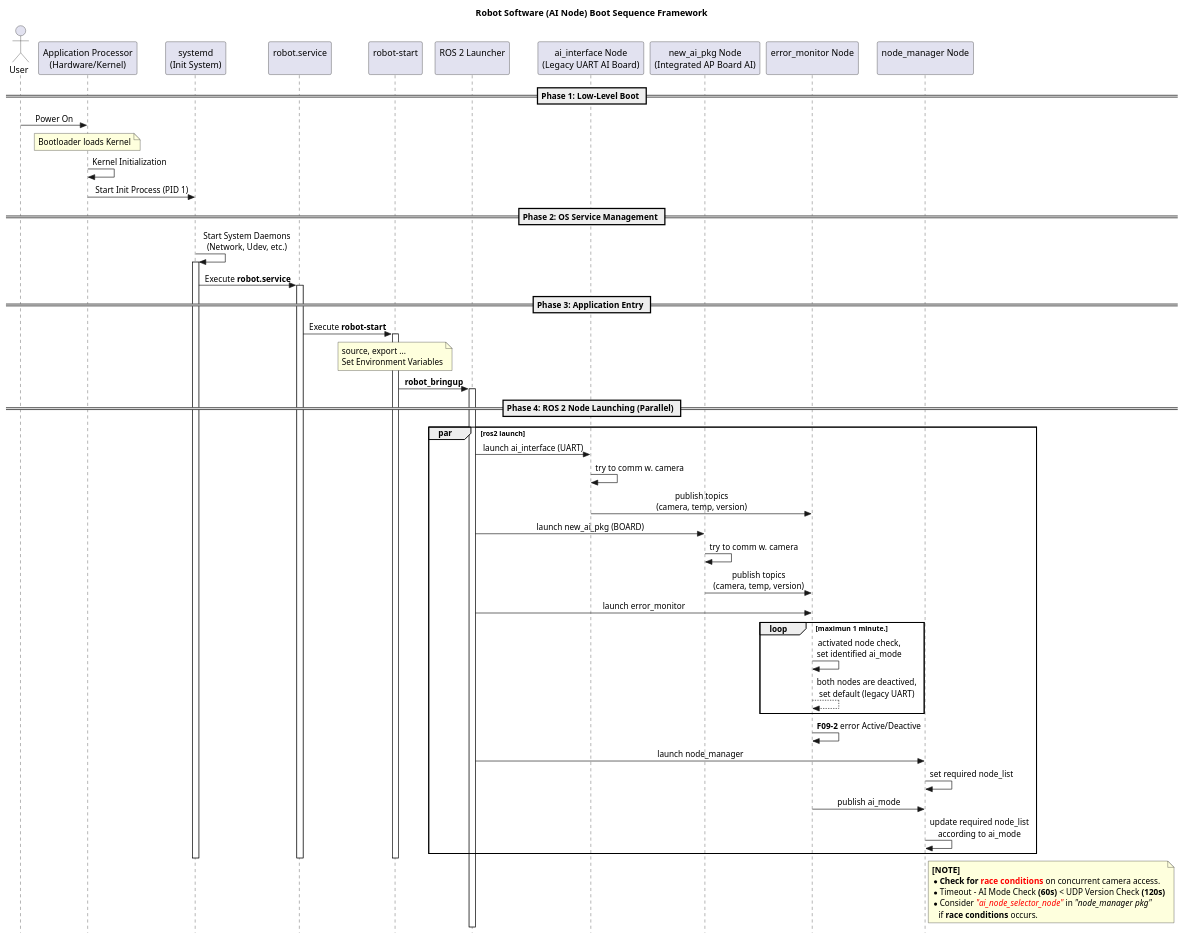
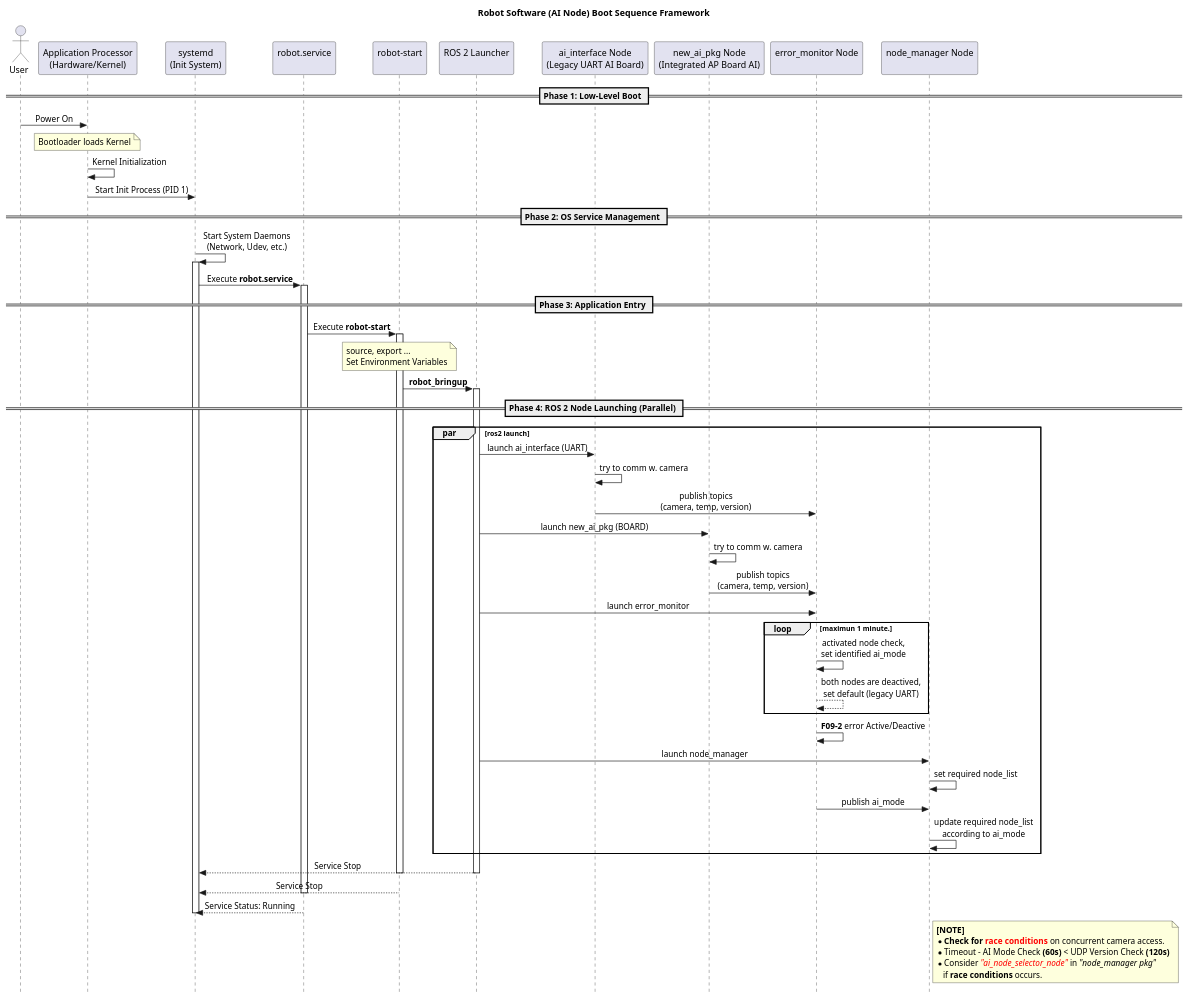
The diagram in docs/ap_ai_integration_booting_sequence_diagram.puml (Hwan-Yeong/airbot_hyjoe_ws), drawn with PlantUML before and after one commit.

Commit message:
'' uml 포멧 수정

```diff
--- a/docs/ap_ai_integration_booting_sequence_diagram.puml
+++ b/docs/ap_ai_integration_booting_sequence_diagram.puml
@@ -1,79 +1,83 @@
 @startuml
 ' 스타일 설정: 가독성을 위해 테마를 살짝 입힙니다.
 skinparam Style strictuml
 skinparam SequenceMessageAlignment center
 skinparam DefaultFontName "Verdana"
 
 title Robot Software (AI Node) Boot Sequence Framework
 
 ' 참여 객체 정의 (Participants)
 actor "User" as User
 participant "Application Processor\n(Hardware/Kernel)" as AP
 participant "systemd\n(Init System)" as Systemd
 participant "robot.service\n" as Service
 participant "robot-start\n" as Script
 participant "ROS 2 Launcher\n" as Launch
 participant "ai_interface Node\n(Legacy UART AI Board)" as Nodes_uart_ai
 participant "new_ai_pkg Node\n(Integrated AP Board AI)" as Nodes_new_ai
 participant "error_monitor Node\n" as Nodes_error_monitor
 participant "node_manager Node\n" as Nodes_node_manager
 
 == Phase 1: Low-Level Boot ==
 ' AP 부팅 및 커널 로드 과정
 User -> AP : Power On
 note over AP : Bootloader loads Kernel
 AP -> AP : Kernel Initialization
 AP -> Systemd : Start Init Process (PID 1)
 
 == Phase 2: OS Service Management ==
 ' 시스템 데몬 및 서비스 시작
 Systemd -> Systemd : Start System Daemons\n(Network, Udev, etc.)
 activate Systemd
-    Systemd -> Service : Execute **robot.service**
-    activate Service
-      == Phase 3: Application Entry ==
-      ' 로봇 스크립트 실행 및 ROS 2 환경 구성
-      Service -> Script : Execute **robot-start**
-      activate Script
-          note over Script
-              source, export ...
-              Set Environment Variables
-          end note
-          
-          Script -> Launch : **robot_bringup**
-          activate Launch
-          
-          == Phase 4: ROS 2 Node Launching (Parallel) ==
-          ' 여러 노드가 동시에 실행되는 구간
-          par ros2 launch
-              Launch -> Nodes_uart_ai : launch ai_interface (UART)
-              Nodes_uart_ai -> Nodes_uart_ai : try to comm w. camera
-              Nodes_uart_ai -> Nodes_error_monitor : publish topics\n(camera, temp, version)
-              Launch -> Nodes_new_ai : launch new_ai_pkg (BOARD)
-              Nodes_new_ai -> Nodes_new_ai : try to comm w. camera
-              Nodes_new_ai -> Nodes_error_monitor : publish topics\n(camera, temp, version)
-              Launch -> Nodes_error_monitor : launch error_monitor
-              ' 활성화 된 노드가 무엇인지 최대 1분까지 체크.
-              loop maximun 1 minute.
-                Nodes_error_monitor -> Nodes_error_monitor : activated node check,\nset identified ai_mode
-                Nodes_error_monitor --> Nodes_error_monitor : both nodes are deactived,\nset default (legacy UART)
-              end
-              Nodes_error_monitor -> Nodes_error_monitor : **F09-2** error Active/Deactive
-              Launch -> Nodes_node_manager : launch node_manager
-              Nodes_node_manager -> Nodes_node_manager : set required node_list
-              Nodes_error_monitor -> Nodes_node_manager : publish ai_mode
-              Nodes_node_manager -> Nodes_node_manager : update required node_list\naccording to ai_mode
-          end
-      deactivate Script
-    deactivate Service
+  Systemd -> Service : Execute **robot.service**
+  activate Service
+    == Phase 3: Application Entry ==
+    ' 로봇 스크립트 실행 및 ROS 2 환경 구성
+    Service -> Script : Execute **robot-start**
+    activate Script
+      note over Script
+        source, export ...
+        Set Environment Variables
+      end note
+      
+      Script -> Launch : **robot_bringup**
+      activate Launch
+      
+      == Phase 4: ROS 2 Node Launching (Parallel) ==
+      ' 여러 노드가 동시에 실행되는 구간
+      par ros2 launch
+        Launch -> Nodes_uart_ai : launch ai_interface (UART)
+        Nodes_uart_ai -> Nodes_uart_ai : try to comm w. camera
+        Nodes_uart_ai -> Nodes_error_monitor : publish topics\n(camera, temp, version)
+        Launch -> Nodes_new_ai : launch new_ai_pkg (BOARD)
+        Nodes_new_ai -> Nodes_new_ai : try to comm w. camera
+        Nodes_new_ai -> Nodes_error_monitor : publish topics\n(camera, temp, version)
+        Launch -> Nodes_error_monitor : launch error_monitor
+        ' 활성화 된 노드가 무엇인지 최대 1분까지 체크.
+        loop maximun 1 minute.
+          Nodes_error_monitor -> Nodes_error_monitor : activated node check,\nset identified ai_mode
+          Nodes_error_monitor --> Nodes_error_monitor : both nodes are deactived,\nset default (legacy UART)
+        end
+        Nodes_error_monitor -> Nodes_error_monitor : **F09-2** error Active/Deactive
+        Launch -> Nodes_node_manager : launch node_manager
+        Nodes_node_manager -> Nodes_node_manager : set required node_list
+        Nodes_error_monitor -> Nodes_node_manager : publish ai_mode
+        Nodes_node_manager -> Nodes_node_manager : update required node_list\naccording to ai_mode
+      end
+      Launch --> Systemd : Service Stop
+      deactivate Launch
+    deactivate Script
+    Script --> Systemd : Service Stop
+  deactivate Service
+  Service --> Systemd : Service Status: Running
 deactivate Systemd
 
 note right Nodes_node_manager
   **[NOTE]**
   * **Check for <color:red>race conditions</color>** on concurrent camera access.
   * Timeout - AI Mode Check **(60s)** < UDP Version Check **(120s)**
   * Consider //<color:red>"ai_node_selector_node"</color>// in //"node_manager pkg"//
      if **race conditions** occurs.
 end note
 
 @enduml
```
